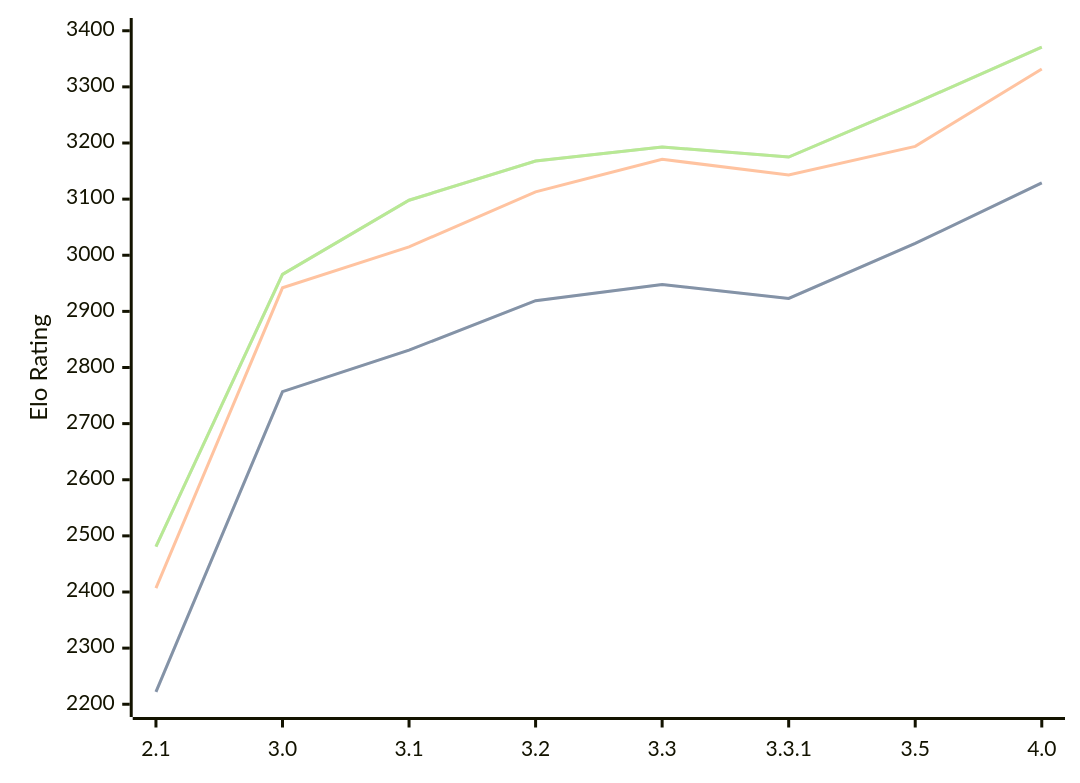
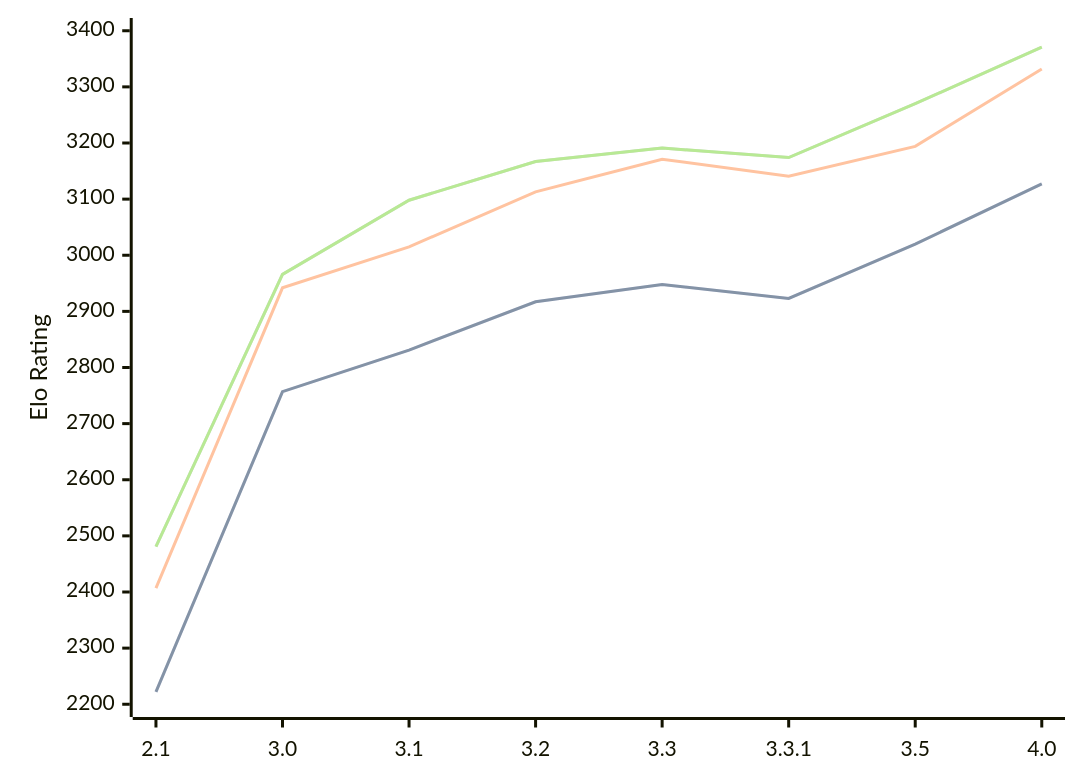
Before and after one commit to computer-chess-index/cci: the diagram in engines/Petrel.md, drawn with Mermaid. The commit also changed other lines of this file, not shown here.

Commit message:
Update CCI Ratings (ELO VLTC) - 2026-09-01

````diff
--- a/engines/Petrel.md
+++ b/engines/Petrel.md
@@ -38,11 +38,11 @@
 ```mermaid
 %%{init: {"theme":"base","themeVariables":{"seriesColors:['#a3a3a3','#222221','#faa371']}}}%%
 xychart-beta
   x-axis ["2.1", "3.0", "3.1", "3.2", "3.3", "3.3.1", "3.5", "4.0"]
   y-axis "Elo Rating" 2200 --> 3400
-  line "" [2222, 2757, 2831, 2919, 2948, 2923, 3021, 3129]
-  line "STC (8.0+0.08s)" [2222, 2757, 2831, 2919, 2948, 2923, 3021, 3129]
-  line "LTC (60.0+0.60s)" [2407, 2942, 3015, 3113, 3171, 3143, 3194, 3332]
-  line "" [2481, 2966, 3098, 3168, 3193, 3175, 3271, 3371]
-  line "VLTC (2m24s+1.12s)" [2481, 2966, 3098, 3168, 3193, 3175, 3271, 3371]
+  line "" [2222, 2757, 2831, 2917, 2948, 2923, 3020, 3127]
+  line "STC (8.0+0.08s)" [2222, 2757, 2831, 2917, 2948, 2923, 3020, 3127]
+  line "LTC (60.0+0.60s)" [2407, 2942, 3015, 3113, 3171, 3141, 3194, 3332]
+  line "" [2481, 2966, 3098, 3167, 3191, 3174, 3270, 3371]
+  line "VLTC (2m24s+1.12s)" [2481, 2966, 3098, 3167, 3191, 3174, 3270, 3371]
 ```
````
